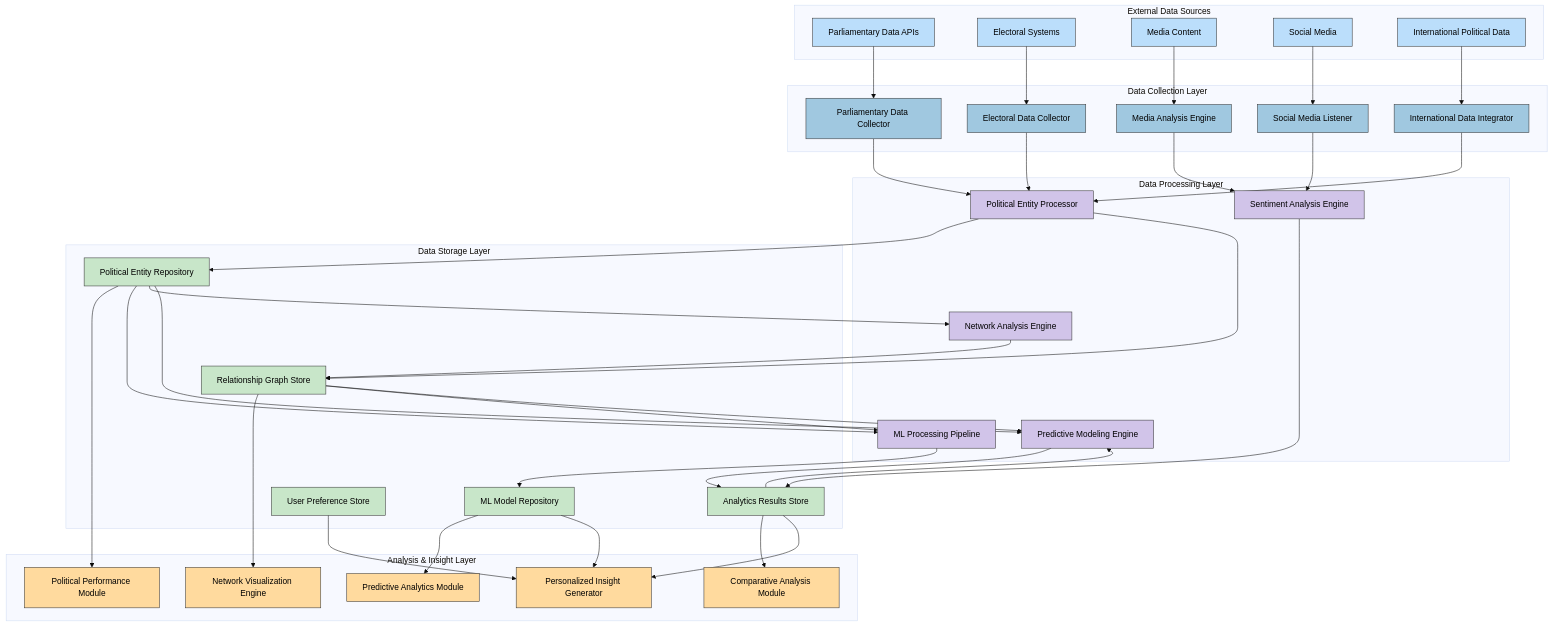
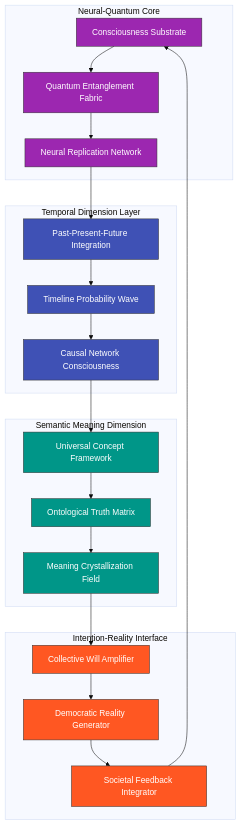
One commit to Hack23/cia changed the sixth of 8 diagrams in FUTURE_DATA_MODEL.md. Above: the diagram before and after it, drawn with Mermaid (base theme). The commit also changed other lines of this file and 7 other files, not shown here.

First line of the commit message:
Add Political Analytics Frameworks, Distribution Analysis Framework, and Security Architecture documentation (#7341)

````diff
--- a/FUTURE_DATA_MODEL.md
+++ b/FUTURE_DATA_MODEL.md
@@ -836,88 +258,41 @@
 ```mermaid
-flowchart TD
-    subgraph "External Data Sources"
-        EDS1[Parliamentary Data APIs]
-        EDS2[Electoral Systems]
-        EDS3[Media Content]
-        EDS4[Social Media]
-        EDS5[International Political Data]
+graph TD
+    subgraph "Neural-Quantum Core"
+        NQC1[Consciousness Substrate]
+        NQC2[Quantum Entanglement Fabric]
+        NQC3[Neural Replication Network]
     end
-
-    subgraph "Data Collection Layer"
-        DCL1[Parliamentary Data Collector]
-        DCL2[Electoral Data Collector]
-        DCL3[Media Analysis Engine]
-        DCL4[Social Media Listener]
-        DCL5[International Data Integrator]
+    
+    subgraph "Temporal Dimension Layer"
+        TDL1[Past-Present-Future Integration]
+        TDL2[Timeline Probability Wave]
+        TDL3[Causal Network Consciousness]
     end
-
-    subgraph "Data Processing Layer"
-        DPL1[Political Entity Processor]
-        DPL2[ML Processing Pipeline]
-        DPL3[Network Analysis Engine]
-        DPL4[Sentiment Analysis Engine]
-        DPL5[Predictive Modeling Engine]
+    
+    subgraph "Semantic Meaning Dimension"
+        SMD1[Universal Concept Framework]
+        SMD2[Ontological Truth Matrix]
+        SMD3[Meaning Crystallization Field]
     end
-
-    subgraph "Data Storage Layer"
-        DSL1[Political Entity Repository]
-        DSL2[Relationship Graph Store]
-        DSL3[ML Model Repository]
-        DSL4[Analytics Results Store]
-        DSL5[User Preference Store]
+    
+    subgraph "Intention-Reality Interface"
+        IRI1[Collective Will Amplifier]
+        IRI2[Democratic Reality Generator]
+        IRI3[Societal Feedback Integrator]
     end
-
-    subgraph "Analysis & Insight Layer"
-        AL1[Political Performance Module]
-        AL2[Network Visualization Engine]
-        AL3[Predictive Analytics Module]
-        AL4[Comparative Analysis Module]
-        AL5[Personalized Insight Generator]
-    end
-
-    EDS1 --> DCL1
-    EDS2 --> DCL2
-    EDS3 --> DCL3
-    EDS4 --> DCL4
-    EDS5 --> DCL5
-
-    DCL1 --> DPL1
-    DCL2 --> DPL1
-    DCL3 --> DPL4
-    DCL4 --> DPL4
-    DCL5 --> DPL1
-
-    DPL1 --> DSL1
-    DPL1 --> DSL2
-    DPL2 --> DSL3
-    DPL3 --> DSL2
-    DPL4 --> DSL4
-    DPL5 --> DSL4
-
-    DSL1 --> AL1
-    DSL2 --> AL2
-    DSL3 --> AL3
-    DSL4 --> AL4
-    DSL5 --> AL5
-
-    DSL1 --> DPL2
-    DSL1 --> DPL3
-    DSL1 --> DPL5
-    DSL2 --> DPL2
-    DSL2 --> DPL5
-    DSL4 --> DPL5
-    DSL3 --> AL5
-    DSL4 --> AL5
-
-    classDef external fill:#bbdefb,stroke:#333,stroke-width:1px,color:black
-    classDef collection fill:#a0c8e0,stroke:#333,stroke-width:1px,color:black
-    classDef processing fill:#d1c4e9,stroke:#333,stroke-width:1px,color:black
-    classDef storage fill:#c8e6c9,stroke:#333,stroke-width:1px,color:black
-    classDef analysis fill:#ffda9e,stroke:#333,stroke-width:1px,color:black
-
-    class EDS1,EDS2,EDS3,EDS4,EDS5 external
-    class DCL1,DCL2,DCL3,DCL4,DCL5 collection
-    class DPL1,DPL2,DPL3,DPL4,DPL5 processing
-    class DSL1,DSL2,DSL3,DSL4,DSL5 storage
-    class AL1,AL2,AL3,AL4,AL5 analysis
+    
+    NQC1 --> NQC2 --> NQC3 --> TDL1
+    TDL1 --> TDL2 --> TDL3 --> SMD1
+    SMD1 --> SMD2 --> SMD3 --> IRI1
+    IRI1 --> IRI2 --> IRI3 --> NQC1
+    
+    classDef core fill:#9C27B0,stroke:#333,stroke-width:1px,color:white
+    classDef temporal fill:#3F51B5,stroke:#333,stroke-width:1px,color:white
+    classDef semantic fill:#009688,stroke:#333,stroke-width:1px,color:white
+    classDef interface fill:#FF5722,stroke:#333,stroke-width:1px,color:white
+    
+    class NQC1,NQC2,NQC3 core
+    class TDL1,TDL2,TDL3 temporal
+    class SMD1,SMD2,SMD3 semantic
+    class IRI1,IRI2,IRI3 interface
 ```
````
